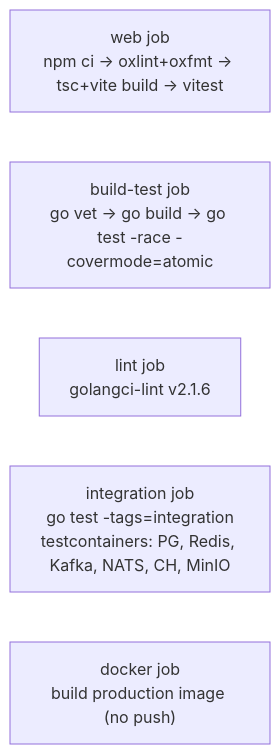
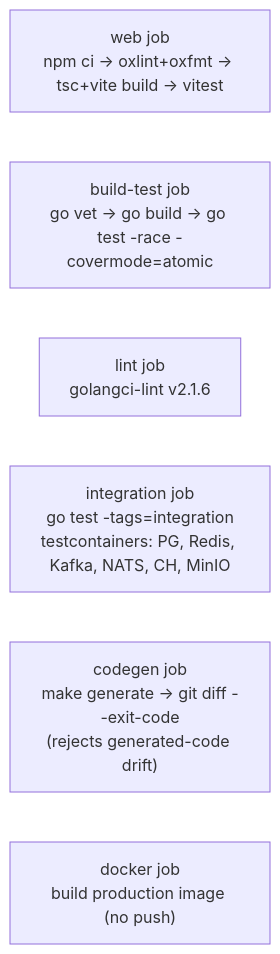
Before and after one commit to abc0990cba/go-template: the first of 2 diagrams in docs/architecture/13-deployment-and-operations.md, drawn with Mermaid. The commit also changed other lines of this file and 90 other files, not shown here.

````diff
--- a/docs/architecture/13-deployment-and-operations.md
+++ b/docs/architecture/13-deployment-and-operations.md
@@ -69,8 +75,9 @@
 ```mermaid
 flowchart LR
     W["web job<br/>npm ci → oxlint+oxfmt → tsc+vite build → vitest"]
     G["build-test job<br/>go vet → go build → go test -race -covermode=atomic"]
     L["lint job<br/>golangci-lint v2.1.6"]
     I["integration job<br/>go test -tags=integration<br/>testcontainers: PG, Redis, Kafka, NATS, CH, MinIO"]
+    C["codegen job<br/>make generate → git diff --exit-code<br/>(rejects generated-code drift)"]
     D["docker job<br/>build production image (no push)"]
 ```
````
